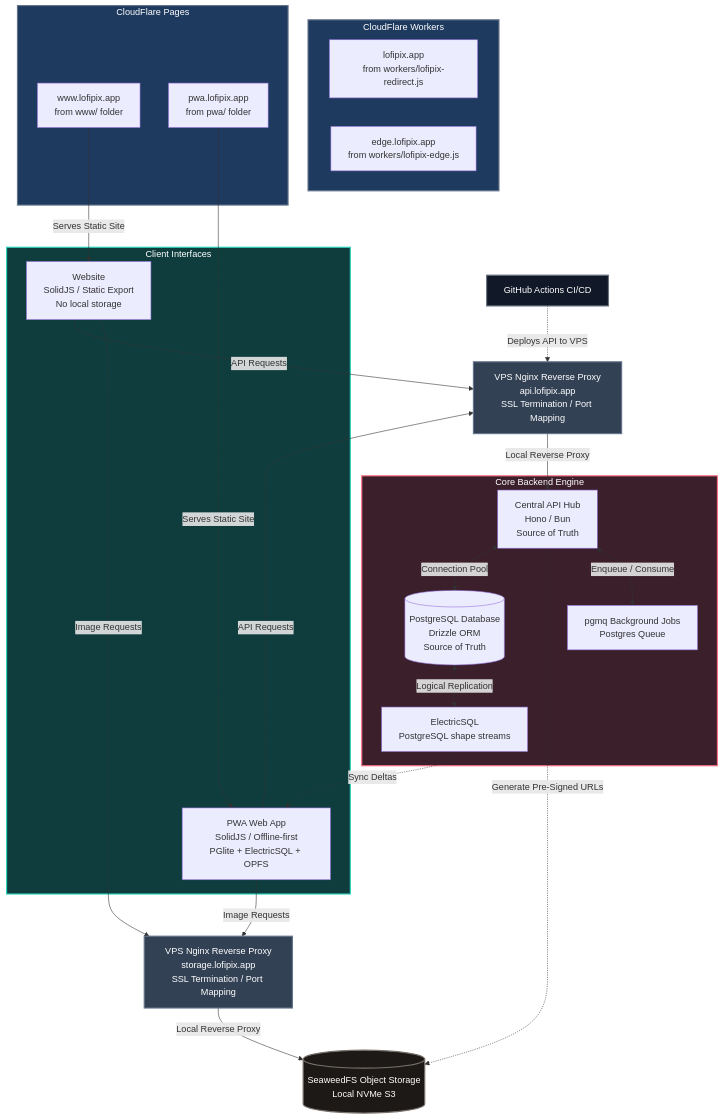
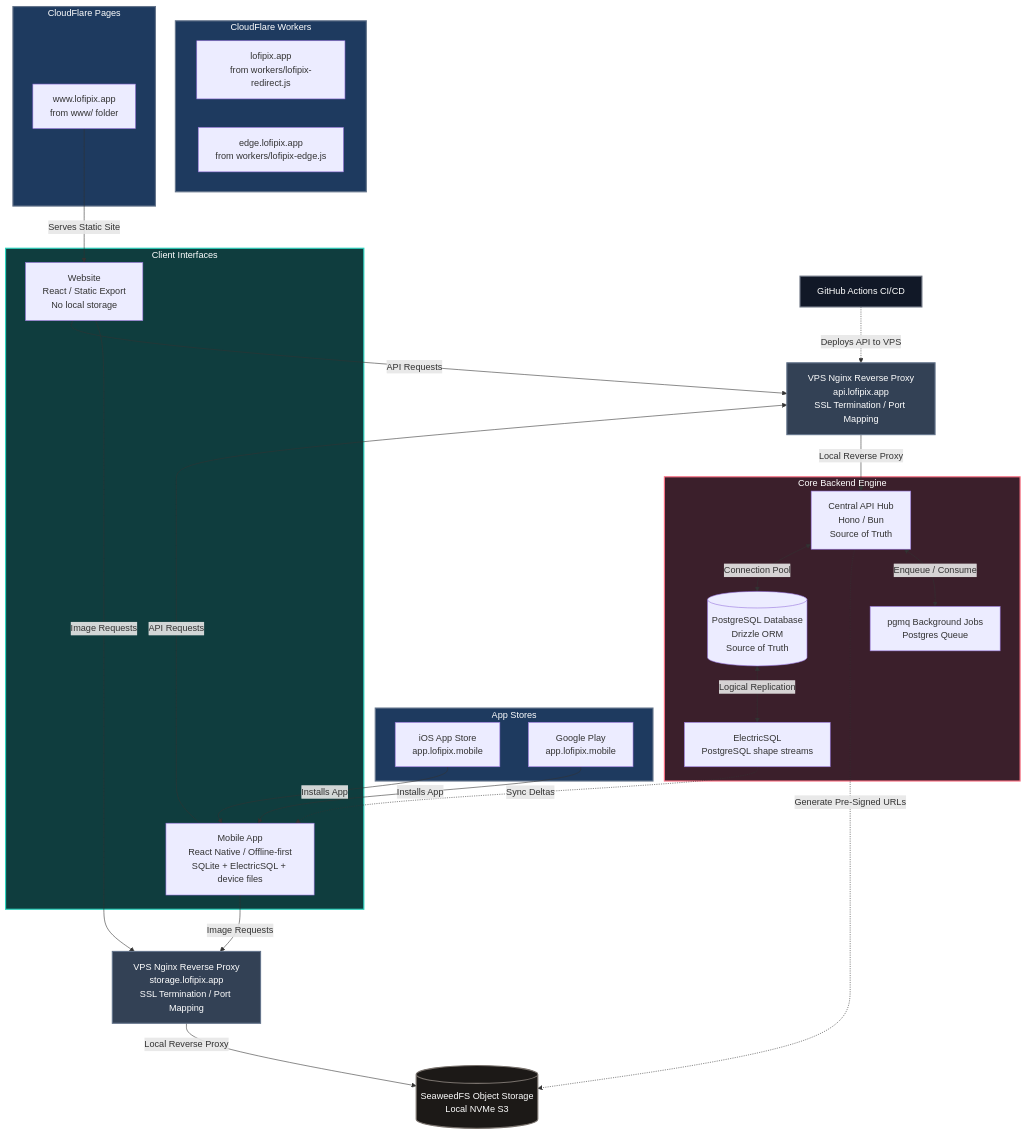
One commit to pchilton/lofipix changed the diagram in README.md. Above: the diagram before and after it, drawn with Mermaid. The commit also changed other lines of this file and 64 other files, not shown here.

Commit message:
underlying structure changes of PWA to mobile, Solid to React

````diff
--- a/README.md
+++ b/README.md
@@ -33,63 +37,68 @@
 ```mermaid
 graph TD
     %% Static Hosting
     subgraph CFWorkers [CloudFlare Workers]
         CFRedirect[lofipix.app<br>from workers/lofipix-redirect.js]
         CFEdge[edge.lofipix.app<br>from workers/lofipix-edge.js]
     end
 
     subgraph CloudFlare [CloudFlare Pages]
         CFWeb[www.lofipix.app<br>from www/ folder]
-        CFPWA[pwa.lofipix.app<br>from pwa/ folder]
+    end
+
+    subgraph Stores [App Stores]
+        iOS[iOS App Store<br>app.lofipix.mobile]
+        Android[Google Play<br>app.lofipix.mobile]
     end
 
     %% Client Tier
     subgraph ClientInterfaces [Client Interfaces]
-        Web[Website<br>SolidJS / Static Export<br>No local storage]
-        PWA[PWA Web App<br>SolidJS / Offline-first<br>PGlite + ElectricSQL + OPFS]
+        Web[Website<br>React / Static Export<br>No local storage]
+        Mobile[Mobile App<br>React Native / Offline-first<br>SQLite + ElectricSQL + device files]
     end
 
     %% Network Entry
     Proxy[VPS Nginx Reverse Proxy<br>api.lofipix.app<br>SSL Termination / Port Mapping]
 
     %% Deployment
     GHA[GitHub Actions CI/CD] -.->|Deploys API to VPS| Proxy
 
     %% Core Services
     subgraph CoreBackend [Core Backend Engine]
         API[Central API Hub<br>Hono / Bun<br>Source of Truth]
         DB[(PostgreSQL Database<br>Drizzle ORM<br>Source of Truth)]
         Sync[ElectricSQL<br>PostgreSQL shape streams]
         Queue[pgmq Background Jobs<br>Postgres Queue]
     end
 
     StorageProxy[VPS Nginx Reverse Proxy<br>storage.lofipix.app<br>SSL Termination / Port Mapping]
 
     Storage[(SeaweedFS Object Storage<br>Local NVMe S3)]
 
     %% Hosting Routes
     CFWeb -->|Serves Static Site| Web
-    CFPWA -->|Serves Static Site| PWA
+    iOS & Android -->|Installs App| Mobile
 
     %% Traffic Routes
-    Web & PWA -->|API Requests| Proxy
-    Web & PWA -->|Image Requests| StorageProxy
+    Web & Mobile -->|API Requests| Proxy
+    Web & Mobile -->|Image Requests| StorageProxy
     Proxy -->|Local Reverse Proxy| API
     API <-->|Connection Pool| DB
 
     API -.->|Generate Pre-Signed URLs| Storage
     StorageProxy -->|Local Reverse Proxy| Storage
     DB <-->|Logical Replication| Sync
-    Sync -.->|Sync Deltas| PWA
+    Sync -.->|Sync Deltas| Mobile
     API <-->|Enqueue / Consume| Queue
 
     %% Layout Classes for Styling
     style CFWorkers fill:#1e3a5f,stroke:#64748b,stroke-width:2px,color:#fff
     style CloudFlare fill:#1e3a5f,stroke:#64748b,stroke-width:2px,color:#fff
+    style Stores fill:#1e3a5f,stroke:#64748b,stroke-width:2px,color:#fff
     style ClientInterfaces fill:#0f3d3e,stroke:#2dd4bf,stroke-width:2px,color:#fff
     style CoreBackend fill:#3b1f2b,stroke:#fb7185,stroke-width:2px,color:#fff
     style Proxy fill:#334155,stroke:#64748b,stroke-width:2px,color:#fff
     style StorageProxy fill:#334155,stroke:#64748b,stroke-width:2px,color:#fff
     style Storage fill:#1c1917,stroke:#78716c,stroke-width:2px,color:#fff
     style GHA fill:#111827,stroke:#6b7280,stroke-width:2px,color:#fff
 ```
````
